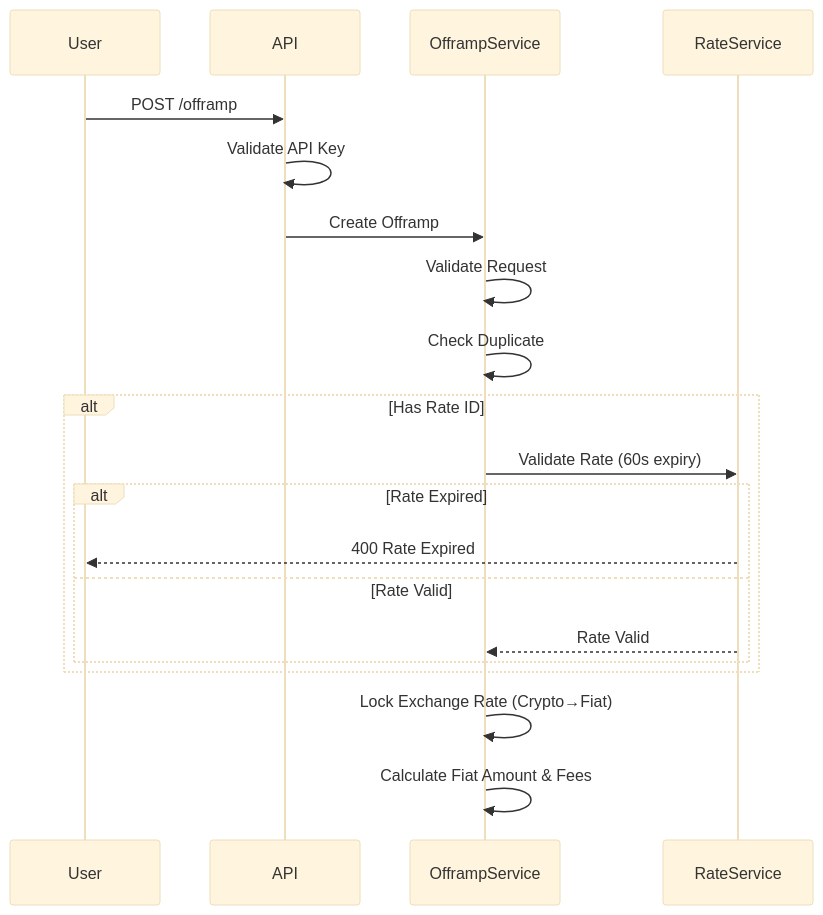
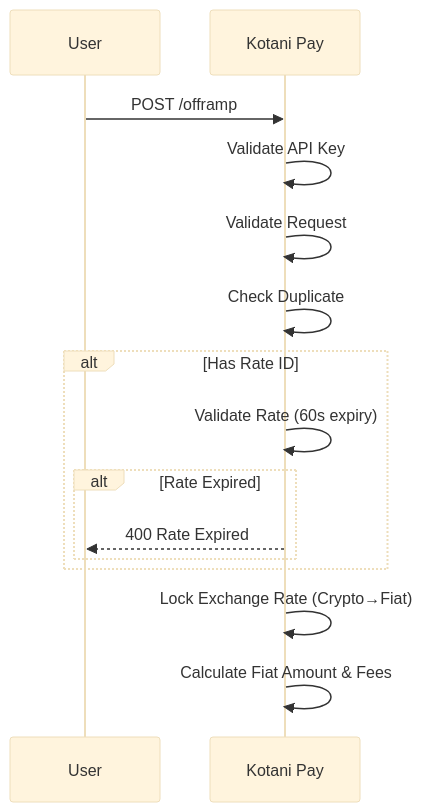
One commit to john-muinde/docs changed the first of 7 diagrams in v3/flows/offramp-flow.mdx. Above: the diagram before and after it, drawn with Mermaid (base theme). The commit also changed other lines of this file and 5 other files, not shown here.

````diff
--- a/v3/flows/offramp-flow.mdx
+++ b/v3/flows/offramp-flow.mdx
@@ -16,26 +16,20 @@
 ```mermaid
 sequenceDiagram
     participant User
-    participant API
-    participant OfframpService
-    participant RateService
+    participant Kotani Pay
 
-    User->>API: POST /offramp
-    API->>API: Validate API Key
-    API->>OfframpService: Create Offramp
-
-    OfframpService->>OfframpService: Validate Request
-    OfframpService->>OfframpService: Check Duplicate
+    User->>Kotani Pay: POST /offramp
+    Kotani Pay->>Kotani Pay: Validate API Key
+    Kotani Pay->>Kotani Pay: Validate Request
+    Kotani Pay->>Kotani Pay: Check Duplicate
 
     alt Has Rate ID
-        OfframpService->>RateService: Validate Rate (60s expiry)
+        Kotani Pay->>Kotani Pay: Validate Rate (60s expiry)
         alt Rate Expired
-            RateService-->>User: 400 Rate Expired
-        else Rate Valid
-            RateService-->>OfframpService: Rate Valid
+            Kotani Pay-->>User: 400 Rate Expired
         end
     end
 
-    OfframpService->>OfframpService: Lock Exchange Rate (Crypto→Fiat)
-    OfframpService->>OfframpService: Calculate Fiat Amount & Fees
+    Kotani Pay->>Kotani Pay: Lock Exchange Rate (Crypto→Fiat)
+    Kotani Pay->>Kotani Pay: Calculate Fiat Amount & Fees
 ```
````
